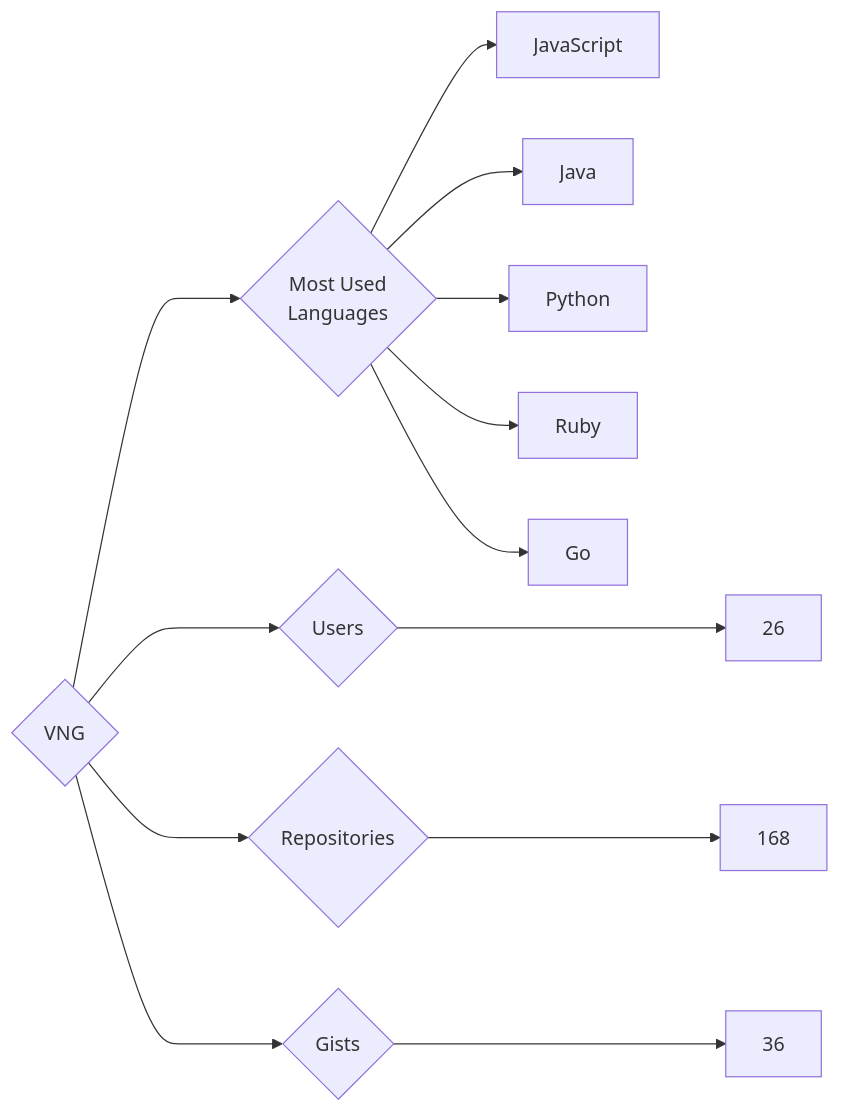
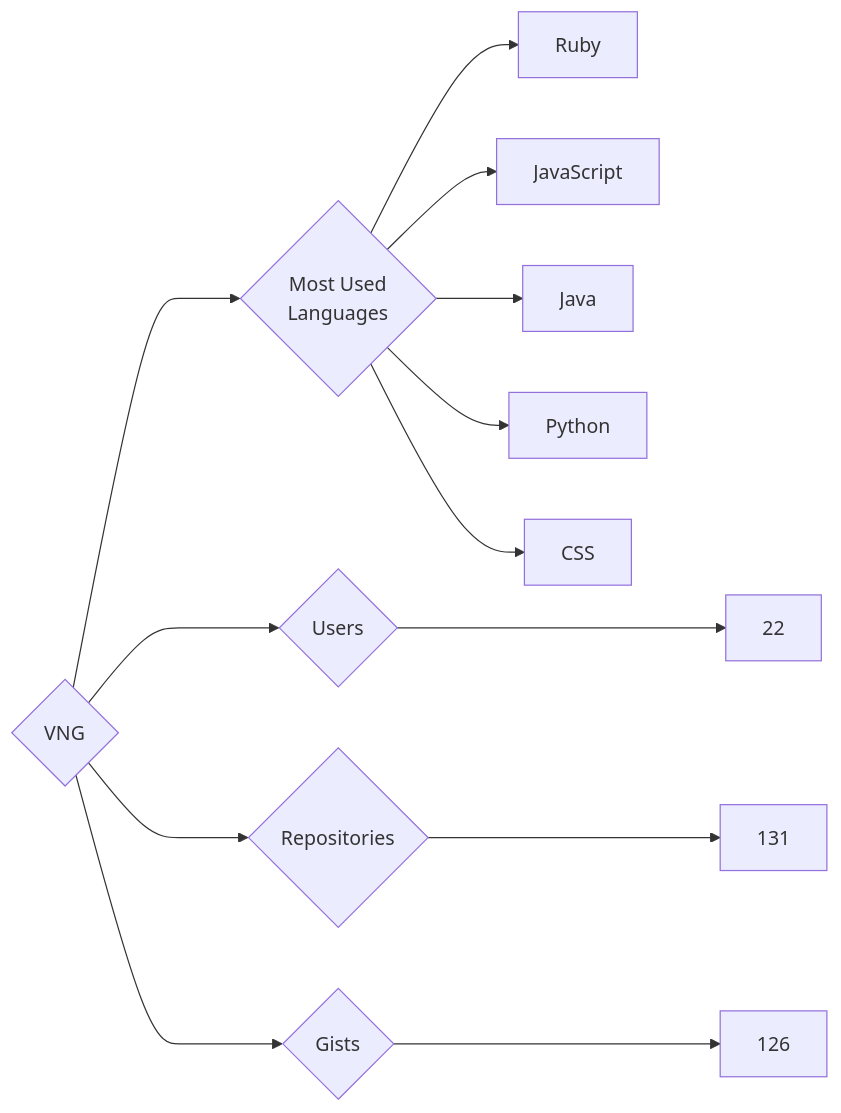
Before and after one commit to trickest/insiders: the diagram in targets/VNG/README.md, drawn with Mermaid. The commit also changed 972 other files, not shown here.

````diff
--- a/targets/VNG/README.md
+++ b/targets/VNG/README.md
@@ -3,13 +3,13 @@
 ```mermaid
 graph LR
 COMPANY_NAME{VNG}
-COMPANY_NAME ---> U{Users} ---> UN[26]
-COMPANY_NAME ---> R{Repositories} ---> RN[168]
-COMPANY_NAME ---> G{Gists} ---> GN[36]
+COMPANY_NAME ---> U{Users} ---> UN[22]
+COMPANY_NAME ---> R{Repositories} ---> RN[131]
+COMPANY_NAME ---> G{Gists} ---> GN[126]
 COMPANY_NAME ---> ML{Most Used<br>Languages}
+ML --> Ruby[Ruby]
 ML --> JavaScript[JavaScript]
 ML --> Java[Java]
 ML --> Python[Python]
-ML --> Ruby[Ruby]
-ML --> Go[Go]
+ML --> CSS[CSS]
 ```
````
